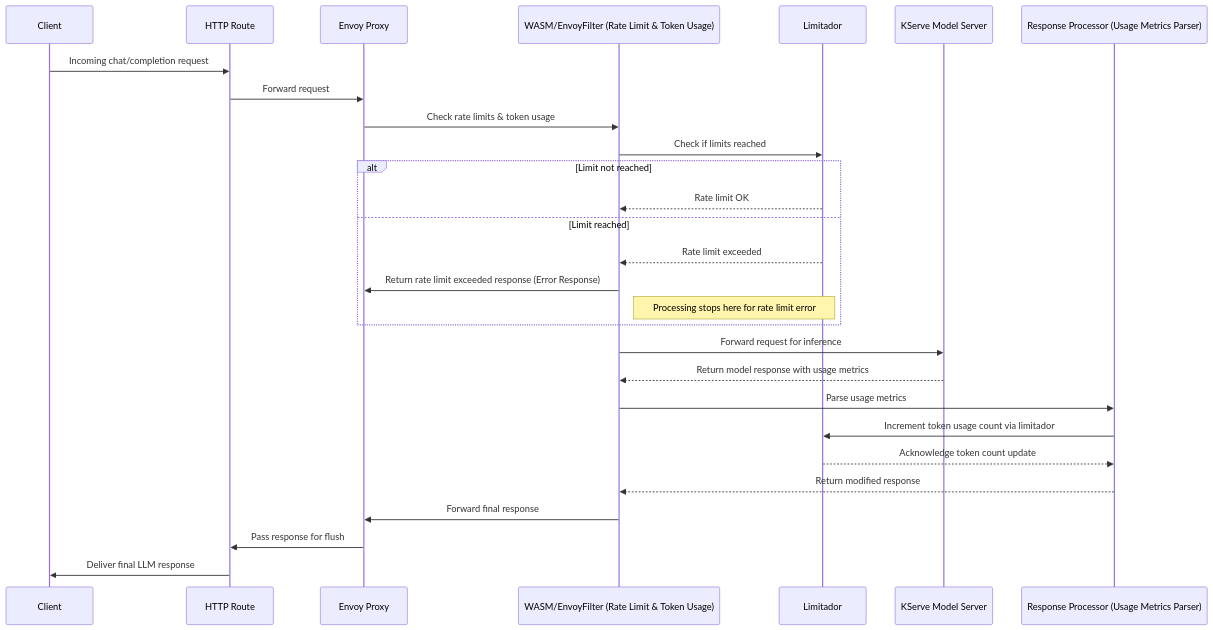
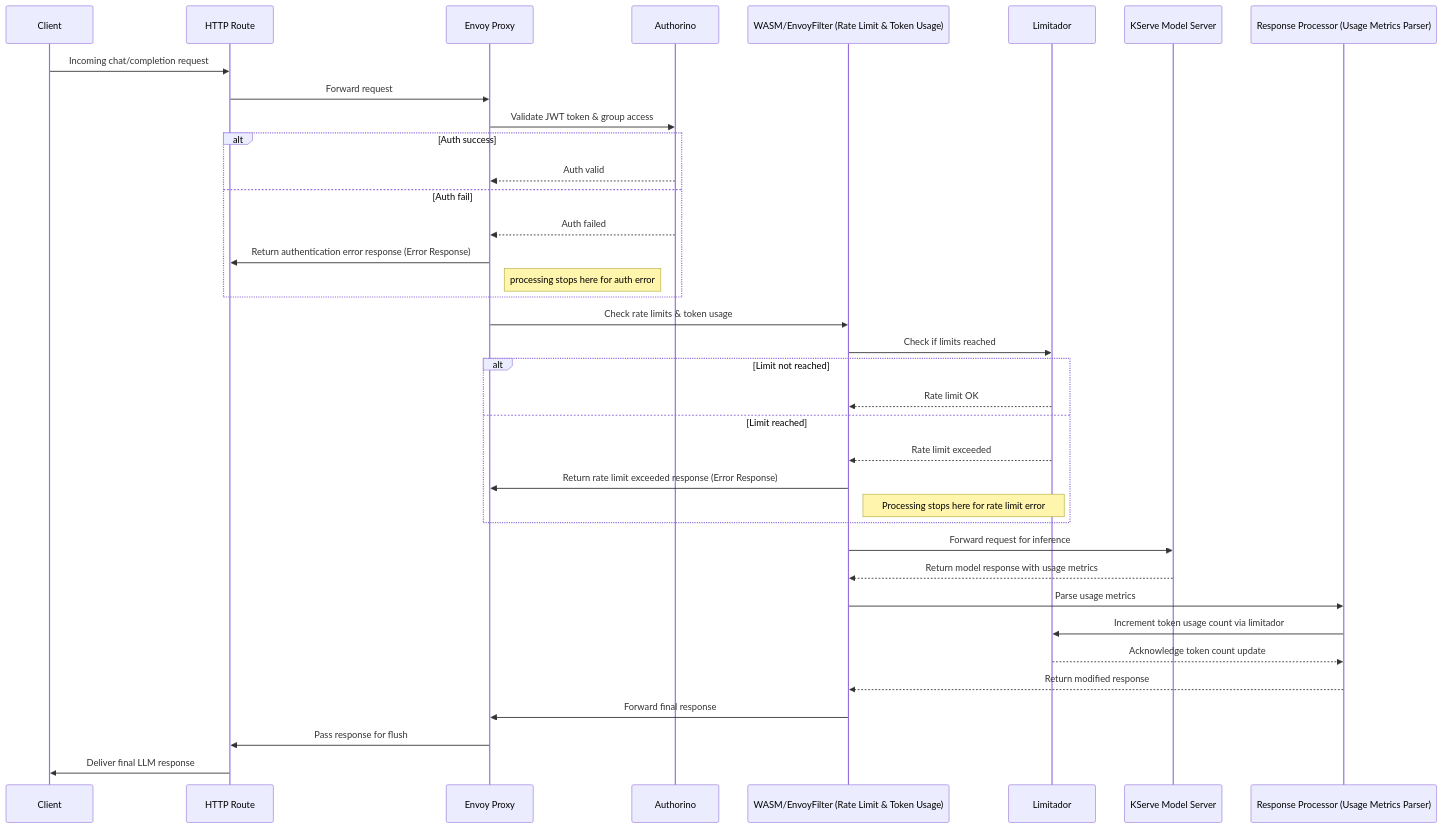
Before and after one commit to Kuadrant/architecture: the first of 2 diagrams in rfcs/0013-ai-policies.md, drawn with Mermaid. The commit also changed other lines of this file, not shown here.

Commit message:
add auth JWT flow to trlp

````diff
--- a/rfcs/0013-ai-policies.md
+++ b/rfcs/0013-ai-policies.md
@@ -206,42 +206,54 @@
 ```mermaid
 sequenceDiagram
   participant C as Client
   participant HR as HTTP Route
   participant E as Envoy Proxy
+  participant A as Authorino
   participant WL as WASM/EnvoyFilter (Rate Limit & Token Usage)
   participant L as Limitador
   participant MS as KServe Model Server
   participant RPM as Response Processor (Usage Metrics Parser)
 
   %% initial req
   C->>HR: Incoming chat/completion request
   HR->>E: Forward request
+
+  %% JWT authentication check via Authorino
+  E->>A: Validate JWT token & group access
+  alt Auth success
+    A-->>E: Auth valid
+  else Auth fail
+    A-->>E: Auth failed
+    E->>HR: Return authentication error response (Error Response)
+    note right of E: processing stops here for auth error
+  end
 
   %% pre-model-server token rate limiting check
   E->>WL: Check rate limits & token usage
   WL->>L: Check if limits reached
   alt Limit not reached
     L-->>WL: Rate limit OK
   else Limit reached
     L-->>WL: Rate limit exceeded
     WL->>E: Return rate limit exceeded response (Error Response)
     note right of WL: Processing stops here for rate limit error
   end
 
   %% forward request for inference if no early errors above
   WL->>MS: Forward request for inference
   MS-->>WL: Return model response with usage metrics
 
   %% process response: parse usage metrics from model response
   WL->>RPM: Parse usage metrics
 
   %% update token usage count via Limitador
   RPM->>L: Increment token usage count via limitador
   L-->>RPM: Acknowledge token count update
 
   %% final inference response: deliver back to client
   RPM-->>WL: Return modified response
   WL->>E: Forward final response
   E->>HR: Pass response for flush
   HR->>C: Deliver final LLM response
+
 ```
````
